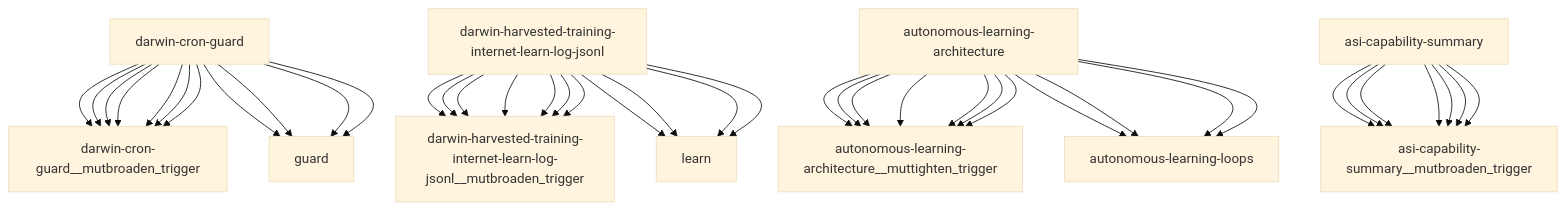
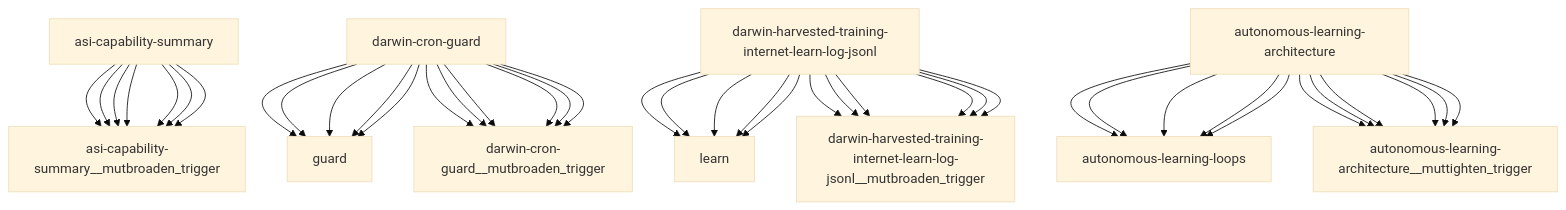
Before and after one commit to openamer/openamer: the diagram in reports/darwin-report.md, drawn with Mermaid (base theme). The commit also changed other lines of this file and 12 other files, not shown here.

````diff
--- a/reports/darwin-report.md
+++ b/reports/darwin-report.md
@@ -74,43 +74,43 @@
 ```mermaid
 graph TD
+    asi-capability-summary["asi-capability-summary"] --> asi-capability-summary__mutbroaden_trigger["asi-capability-summary__mutbroaden_trigger"]
+    darwin-cron-guard["darwin-cron-guard"] --> guard["guard"]
+    darwin-harvested-training-internet-learn-log-jsonl["darwin-harvested-training-internet-learn-log-jsonl"] --> learn["learn"]
+    autonomous-learning-architecture["autonomous-learning-architecture"] --> autonomous-learning-loops["autonomous-learning-loops"]
+    darwin-cron-guard["darwin-cron-guard"] --> darwin-cron-guard__mutbroaden_trigger["darwin-cron-guard__mutbroaden_trigger"]
+    darwin-harvested-training-internet-learn-log-jsonl["darwin-harvested-training-internet-learn-log-jsonl"] --> darwin-harvested-training-internet-learn-log-jsonl__mutbroaden_trigger["darwin-harvested-training-internet-learn-log-jsonl__mutbroaden_trigger"]
+    autonomous-learning-architecture["autonomous-learning-architecture"] --> autonomous-learning-architecture__muttighten_trigger["autonomous-learning-architecture__muttighten_trigger"]
+    asi-capability-summary["asi-capability-summary"] --> asi-capability-summary__mutbroaden_trigger["asi-capability-summary__mutbroaden_trigger"]
+    darwin-cron-guard["darwin-cron-guard"] --> guard["guard"]
+    darwin-harvested-training-internet-learn-log-jsonl["darwin-harvested-training-internet-learn-log-jsonl"] --> learn["learn"]
+    autonomous-learning-architecture["autonomous-learning-architecture"] --> autonomous-learning-loops["autonomous-learning-loops"]
+    darwin-cron-guard["darwin-cron-guard"] --> darwin-cron-guard__mutbroaden_trigger["darwin-cron-guard__mutbroaden_trigger"]
+    darwin-harvested-training-internet-learn-log-jsonl["darwin-harvested-training-internet-learn-log-jsonl"] --> darwin-harvested-training-internet-learn-log-jsonl__mutbroaden_trigger["darwin-harvested-training-internet-learn-log-jsonl__mutbroaden_trigger"]
+    autonomous-learning-architecture["autonomous-learning-architecture"] --> autonomous-learning-architecture__muttighten_trigger["autonomous-learning-architecture__muttighten_trigger"]
+    asi-capability-summary["asi-capability-summary"] --> asi-capability-summary__mutbroaden_trigger["asi-capability-summary__mutbroaden_trigger"]
+    darwin-cron-guard["darwin-cron-guard"] --> guard["guard"]
+    darwin-harvested-training-internet-learn-log-jsonl["darwin-harvested-training-internet-learn-log-jsonl"] --> learn["learn"]
+    autonomous-learning-architecture["autonomous-learning-architecture"] --> autonomous-learning-loops["autonomous-learning-loops"]
     darwin-cron-guard["darwin-cron-guard"] --> darwin-cron-guard__mutbroaden_trigger["darwin-cron-guard__mutbroaden_trigger"]
     darwin-harvested-training-internet-learn-log-jsonl["darwin-harvested-training-internet-learn-log-jsonl"] --> darwin-harvested-training-internet-learn-log-jsonl__mutbroaden_trigger["darwin-harvested-training-internet-learn-log-jsonl__mutbroaden_trigger"]
     autonomous-learning-architecture["autonomous-learning-architecture"] --> autonomous-learning-architecture__muttighten_trigger["autonomous-learning-architecture__muttighten_trigger"]
     asi-capability-summary["asi-capability-summary"] --> asi-capability-summary__mutbroaden_trigger["asi-capability-summary__mutbroaden_trigger"]
     darwin-cron-guard["darwin-cron-guard"] --> darwin-cron-guard__mutbroaden_trigger["darwin-cron-guard__mutbroaden_trigger"]
     darwin-harvested-training-internet-learn-log-jsonl["darwin-harvested-training-internet-learn-log-jsonl"] --> darwin-harvested-training-internet-learn-log-jsonl__mutbroaden_trigger["darwin-harvested-training-internet-learn-log-jsonl__mutbroaden_trigger"]
     autonomous-learning-architecture["autonomous-learning-architecture"] --> autonomous-learning-architecture__muttighten_trigger["autonomous-learning-architecture__muttighten_trigger"]
     asi-capability-summary["asi-capability-summary"] --> asi-capability-summary__mutbroaden_trigger["asi-capability-summary__mutbroaden_trigger"]
     darwin-cron-guard["darwin-cron-guard"] --> guard["guard"]
     darwin-harvested-training-internet-learn-log-jsonl["darwin-harvested-training-internet-learn-log-jsonl"] --> learn["learn"]
     autonomous-learning-architecture["autonomous-learning-architecture"] --> autonomous-learning-loops["autonomous-learning-loops"]
     darwin-cron-guard["darwin-cron-guard"] --> darwin-cron-guard__mutbroaden_trigger["darwin-cron-guard__mutbroaden_trigger"]
     darwin-harvested-training-internet-learn-log-jsonl["darwin-harvested-training-internet-learn-log-jsonl"] --> darwin-harvested-training-internet-learn-log-jsonl__mutbroaden_trigger["darwin-harvested-training-internet-learn-log-jsonl__mutbroaden_trigger"]
     autonomous-learning-architecture["autonomous-learning-architecture"] --> autonomous-learning-architecture__muttighten_trigger["autonomous-learning-architecture__muttighten_trigger"]
     asi-capability-summary["asi-capability-summary"] --> asi-capability-summary__mutbroaden_trigger["asi-capability-summary__mutbroaden_trigger"]
     darwin-cron-guard["darwin-cron-guard"] --> darwin-cron-guard__mutbroaden_trigger["darwin-cron-guard__mutbroaden_trigger"]
     darwin-harvested-training-internet-learn-log-jsonl["darwin-harvested-training-internet-learn-log-jsonl"] --> darwin-harvested-training-internet-learn-log-jsonl__mutbroaden_trigger["darwin-harvested-training-internet-learn-log-jsonl__mutbroaden_trigger"]
     autonomous-learning-architecture["autonomous-learning-architecture"] --> autonomous-learning-architecture__muttighten_trigger["autonomous-learning-architecture__muttighten_trigger"]
     asi-capability-summary["asi-capability-summary"] --> asi-capability-summary__mutbroaden_trigger["asi-capability-summary__mutbroaden_trigger"]
-    darwin-cron-guard["darwin-cron-guard"] --> darwin-cron-guard__mutbroaden_trigger["darwin-cron-guard__mutbroaden_trigger"]
-    darwin-harvested-training-internet-learn-log-jsonl["darwin-harvested-training-internet-learn-log-jsonl"] --> darwin-harvested-training-internet-learn-log-jsonl__mutbroaden_trigger["darwin-harvested-training-internet-learn-log-jsonl__mutbroaden_trigger"]
-    autonomous-learning-architecture["autonomous-learning-architecture"] --> autonomous-learning-architecture__muttighten_trigger["autonomous-learning-architecture__muttighten_trigger"]
-    asi-capability-summary["asi-capability-summary"] --> asi-capability-summary__mutbroaden_trigger["asi-capability-summary__mutbroaden_trigger"]
-    darwin-cron-guard["darwin-cron-guard"] --> guard["guard"]
-    darwin-harvested-training-internet-learn-log-jsonl["darwin-harvested-training-internet-learn-log-jsonl"] --> learn["learn"]
-    autonomous-learning-architecture["autonomous-learning-architecture"] --> autonomous-learning-loops["autonomous-learning-loops"]
-    darwin-cron-guard["darwin-cron-guard"] --> darwin-cron-guard__mutbroaden_trigger["darwin-cron-guard__mutbroaden_trigger"]
-    darwin-harvested-training-internet-learn-log-jsonl["darwin-harvested-training-internet-learn-log-jsonl"] --> darwin-harvested-training-internet-learn-log-jsonl__mutbroaden_trigger["darwin-harvested-training-internet-learn-log-jsonl__mutbroaden_trigger"]
-    autonomous-learning-architecture["autonomous-learning-architecture"] --> autonomous-learning-architecture__muttighten_trigger["autonomous-learning-architecture__muttighten_trigger"]
-    asi-capability-summary["asi-capability-summary"] --> asi-capability-summary__mutbroaden_trigger["asi-capability-summary__mutbroaden_trigger"]
-    darwin-cron-guard["darwin-cron-guard"] --> guard["guard"]
-    darwin-harvested-training-internet-learn-log-jsonl["darwin-harvested-training-internet-learn-log-jsonl"] --> learn["learn"]
-    autonomous-learning-architecture["autonomous-learning-architecture"] --> autonomous-learning-loops["autonomous-learning-loops"]
-    darwin-cron-guard["darwin-cron-guard"] --> darwin-cron-guard__mutbroaden_trigger["darwin-cron-guard__mutbroaden_trigger"]
-    darwin-harvested-training-internet-learn-log-jsonl["darwin-harvested-training-internet-learn-log-jsonl"] --> darwin-harvested-training-internet-learn-log-jsonl__mutbroaden_trigger["darwin-harvested-training-internet-learn-log-jsonl__mutbroaden_trigger"]
-    autonomous-learning-architecture["autonomous-learning-architecture"] --> autonomous-learning-architecture__muttighten_trigger["autonomous-learning-architecture__muttighten_trigger"]
-    asi-capability-summary["asi-capability-summary"] --> asi-capability-summary__mutbroaden_trigger["asi-capability-summary__mutbroaden_trigger"]
     darwin-cron-guard["darwin-cron-guard"] --> guard["guard"]
     darwin-harvested-training-internet-learn-log-jsonl["darwin-harvested-training-internet-learn-log-jsonl"] --> learn["learn"]
     autonomous-learning-architecture["autonomous-learning-architecture"] --> autonomous-learning-loops["autonomous-learning-loops"]
 ```
````
